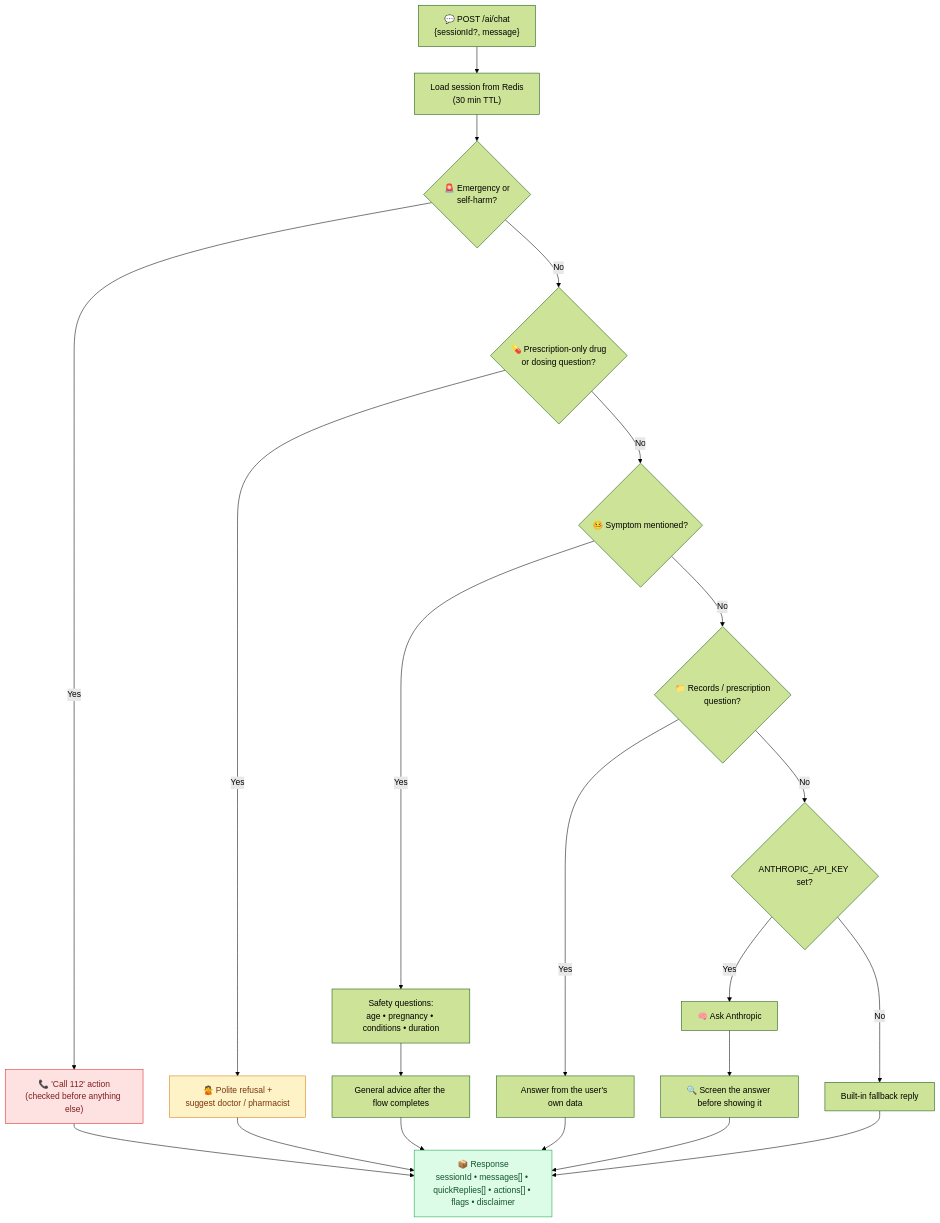
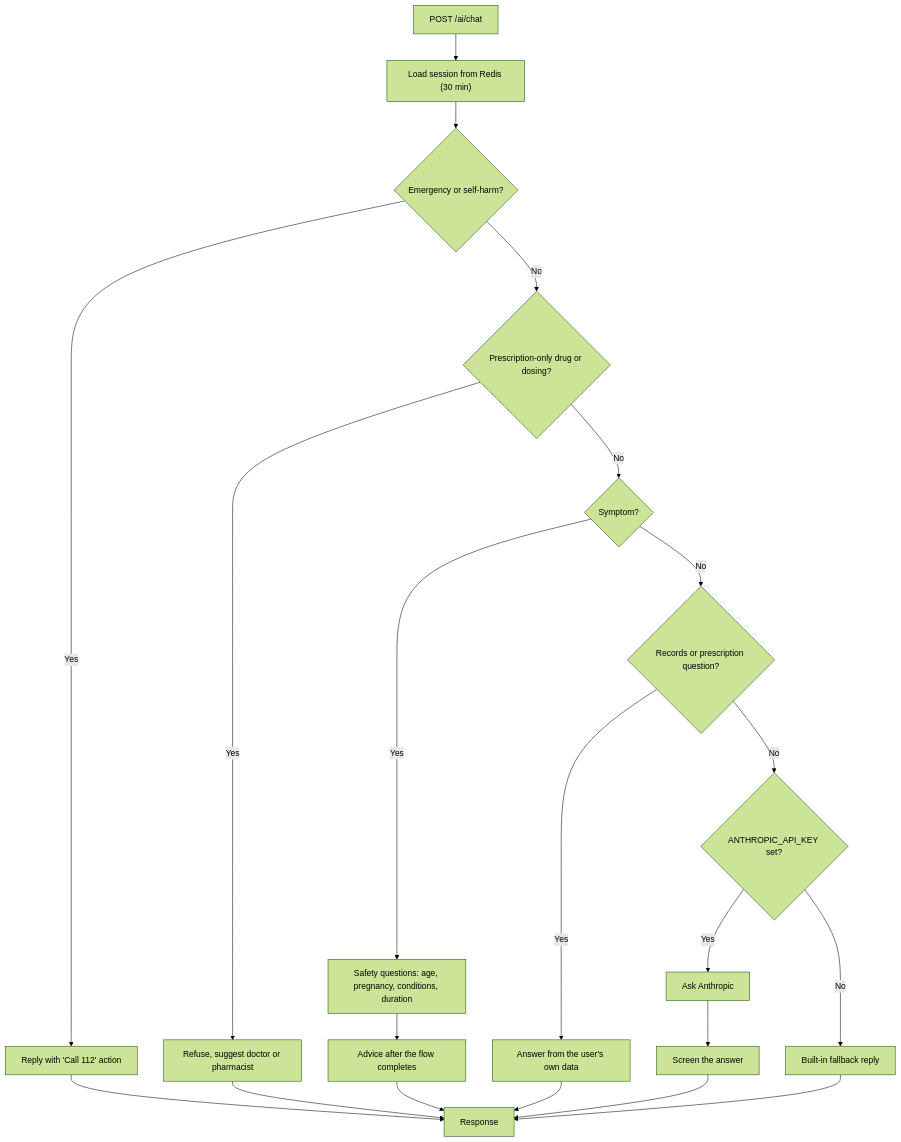
Before and after one commit to nyctophile-man/Sarvayuh: the fourth of 5 diagrams in README.md, drawn with Mermaid (forest theme). The commit also changed other lines of this file, not shown here.

````diff
--- a/README.md
+++ b/README.md
@@ -270,30 +190,22 @@
 ```mermaid
 flowchart TD
-    M["💬 POST /ai/chat<br/>{sessionId?, message}"] --> S["Load session from Redis<br/>(30 min TTL)"]
-    S --> E{"🚨 Emergency or<br/>self-harm?"}
-    E -- "Yes" --> C112["📞 'Call 112' action<br/>(checked before anything else)"]
-    E -- "No" --> RX{"💊 Prescription-only drug<br/>or dosing question?"}
-    RX -- "Yes" --> REF["🙅 Polite refusal +<br/>suggest doctor / pharmacist"]
-    RX -- "No" --> SY{"🤒 Symptom mentioned?"}
-    SY -- "Yes" --> FLOW["Safety questions:<br/>age • pregnancy • conditions • duration"]
-    FLOW --> ADV["General advice after the flow completes"]
-    SY -- "No" --> REC{"📁 Records / prescription<br/>question?"}
-    REC -- "Yes" --> OWN["Answer from the user's own data"]
-    REC -- "No" --> KEY{"ANTHROPIC_API_KEY set?"}
-    KEY -- "Yes" --> LLM["🧠 Ask Anthropic"] --> SCR["🔍 Screen the answer before showing it"]
-    KEY -- "No" --> FB["Built-in fallback reply"]
-    C112 --> OUT
+    M["POST /ai/chat"] --> S["Load session from Redis (30 min)"]
+    S --> E{"Emergency or self-harm?"}
+    E -- Yes --> C112["Reply with 'Call 112' action"]
+    E -- No --> RX{"Prescription-only drug or dosing?"}
+    RX -- Yes --> REF["Refuse, suggest doctor or pharmacist"]
+    RX -- No --> SY{"Symptom?"}
+    SY -- Yes --> FLOW["Safety questions: age, pregnancy, conditions, duration"]
+    FLOW --> ADV["Advice after the flow completes"]
+    SY -- No --> REC{"Records or prescription question?"}
+    REC -- Yes --> OWN["Answer from the user's own data"]
+    REC -- No --> KEY{"ANTHROPIC_API_KEY set?"}
+    KEY -- Yes --> LLM["Ask Anthropic"] --> SCR["Screen the answer"]
+    KEY -- No --> FB["Built-in fallback reply"]
+    C112 --> OUT["Response"]
     REF --> OUT
     ADV --> OUT
     OWN --> OUT
     SCR --> OUT
     FB --> OUT
-    OUT["📦 Response<br/>sessionId • messages[] • quickReplies[] • actions[] • flags • disclaimer"]
-
-    classDef danger fill:#fee2e2,stroke:#dc2626,color:#7f1d1d;
-    classDef warn fill:#fef3c7,stroke:#d97706,color:#78350f;
-    classDef good fill:#dcfce7,stroke:#16a34a,color:#14532d;
-    class C112 danger;
-    class REF warn;
-    class OUT good;
 ```
````
